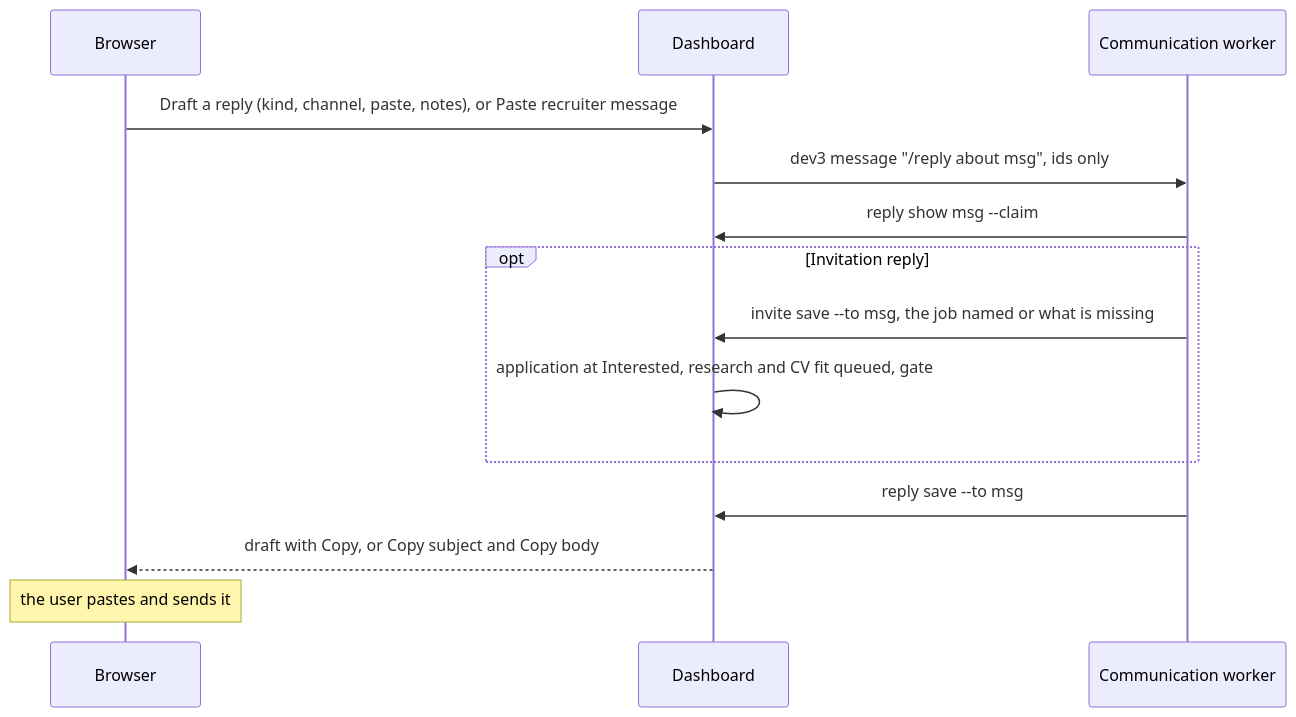
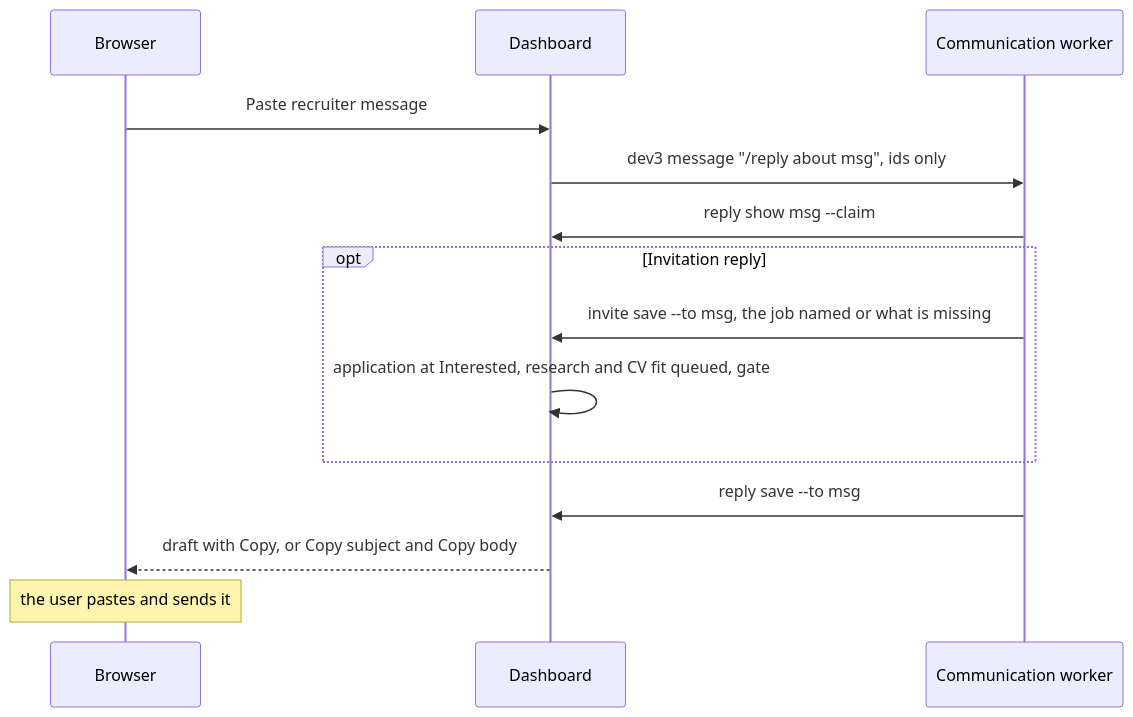
One commit to Pavlana/hirey changed the fifth of 10 diagrams in docs/how-it-works.md. Above: the diagram before and after it, drawn with Mermaid. The commit also changed other lines of this file and 50 other files, not shown here.

````diff
--- a/docs/how-it-works.md
+++ b/docs/how-it-works.md
@@ -196,16 +199,16 @@
 ```mermaid
 sequenceDiagram
     participant B as Browser
     participant W as Dashboard
     participant C as Communication worker
-    B->>W: Draft a reply (kind, channel, paste, notes), or Paste recruiter message
+    B->>W: Paste recruiter message
     W->>C: dev3 message "/reply about msg", ids only
     C->>W: reply show msg --claim
     opt Invitation reply
         C->>W: invite save --to msg, the job named or what is missing
         W->>W: application at Interested, research and CV fit queued, gate
     end
     C->>W: reply save --to msg
     W-->>B: draft with Copy, or Copy subject and Copy body
     Note over B: the user pastes and sends it
 ```
````
